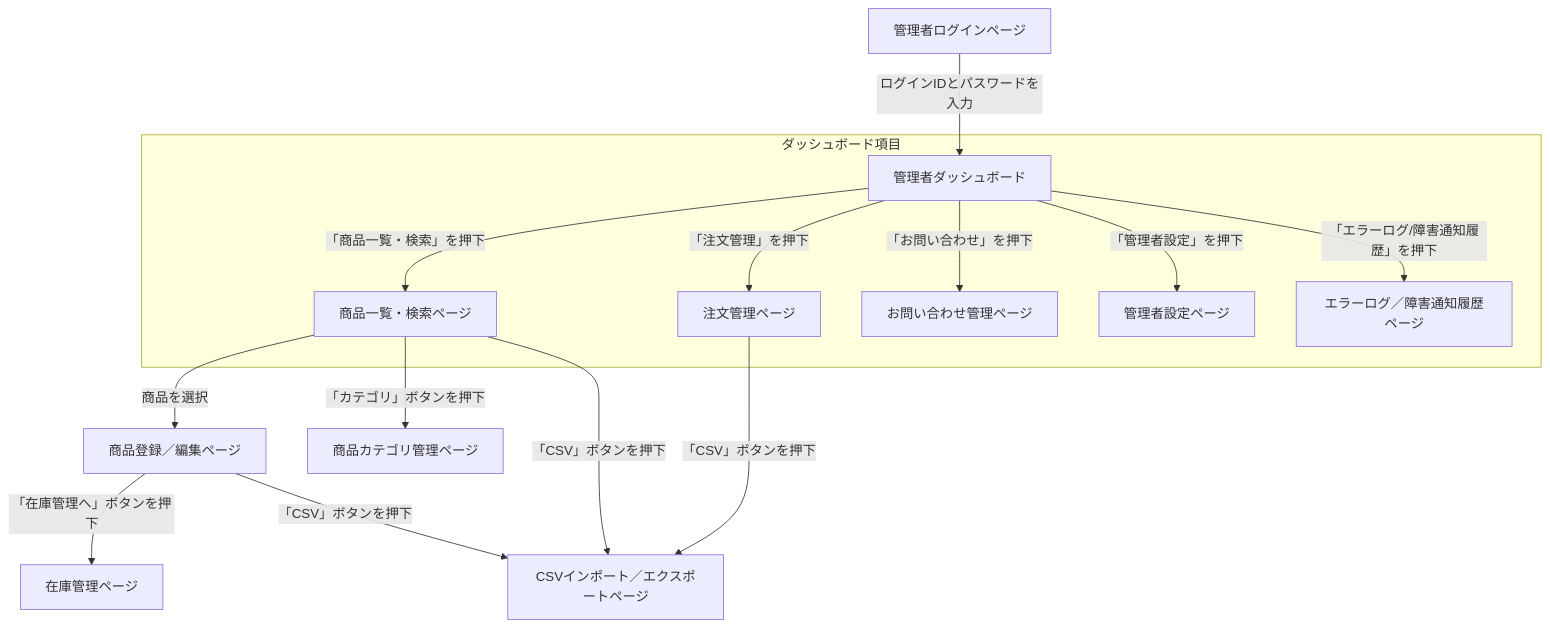
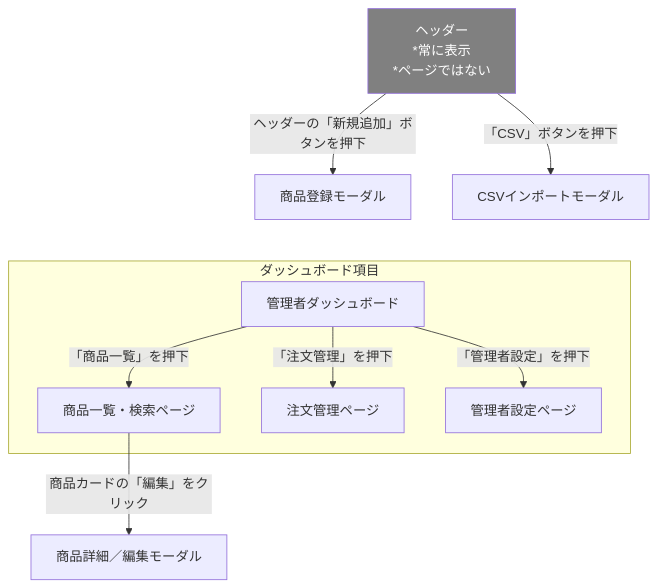
Before and after one commit to Aoi-Yaegashi/teamF: the diagram in 基本設計/画面設計/画面遷移図/管理画面遷移図.md, drawn with Mermaid.

Commit message:
画面遷移図/ 管理者側更新どね

````diff
--- a/基本設計/画面設計/画面遷移図/管理画面遷移図.md
+++ b/基本設計/画面設計/画面遷移図/管理画面遷移図.md
@@ -1,29 +1,26 @@
 ```mermaid
 graph TD
 
-%% ログイン
-A01[管理者ログインページ] -->|ログインIDとパスワードを入力| A02[管理者ダッシュボード]
-
 subgraph ダッシュボード項目
 %% ダッシュボードからの遷移
-A02 -->|「商品一覧・検索」を押下| A03[商品一覧・検索ページ]
+A02[管理者ダッシュボード] -->|「商品一覧」を押下| A03[商品一覧・検索ページ]
 A02 -->|「注文管理」を押下| A06[注文管理ページ]
-A02 -->|「お問い合わせ」を押下| A11[お問い合わせ管理ページ]
 A02 -->|「管理者設定」を押下| A12[管理者設定ページ]
 
-%%% 管理者設定など
-A02 -->|「エラーログ/障害通知履歴」を押下| A13[エラーログ／障害通知履歴ページ]
 end
 
 %% 商品関連
-A03 -->|商品を選択| A04[商品登録／編集ページ]
-A04 -->|「在庫管理へ」ボタンを押下| A07[在庫管理ページ]
-A03 -->|「カテゴリ」ボタンを押下| A05[商品カテゴリ管理ページ]
-A03 -->|「CSV」ボタンを押下| A10[CSVインポート／エクスポートページ]
+A03 -->|商品カードの「編集」をクリック| A04[商品詳細／編集モーダル]
 
-%% 注文管理
-A06 -->|「CSV」ボタンを押下| A10
+%% ヘッダー（常に表示）
+F13[ヘッダー
+*常に表示
+*ページではない] -->|ヘッダーの「新規追加」ボタンを押下|F14[商品登録モーダル]
+F13 -->|「CSV」ボタンを押下| A10[CSVインポートモーダル]
+classDef gray fill:gray,color:white;
+class F13 gray;
 
-%% CSV関連（商品/注文から遷移可能）
-A04 -->|「CSV」ボタンを押下| A10
+%% 位置調整
+F14 ~~~ A02
+
 ```
````
